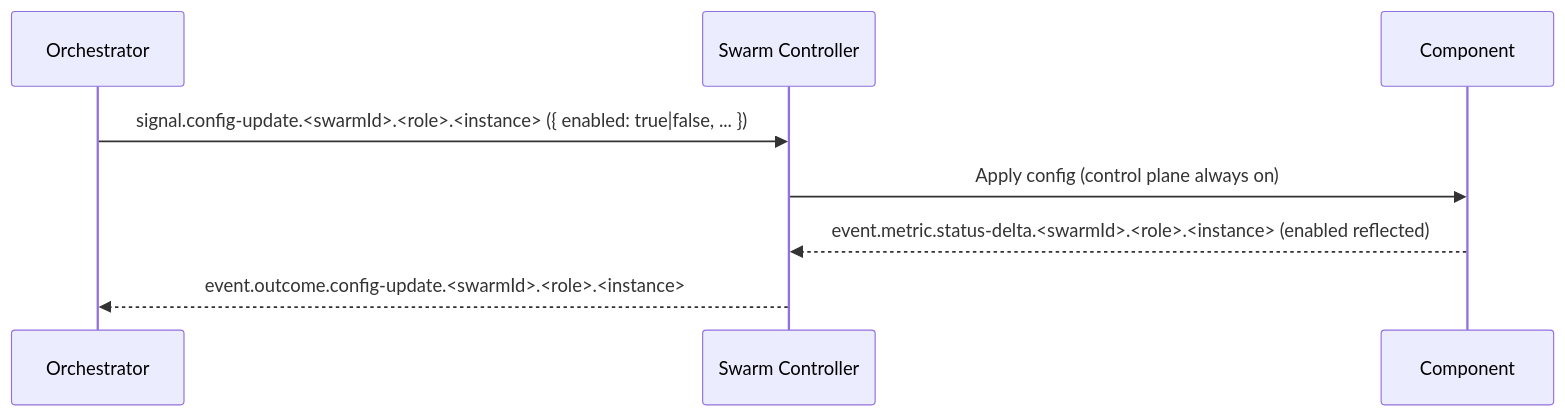
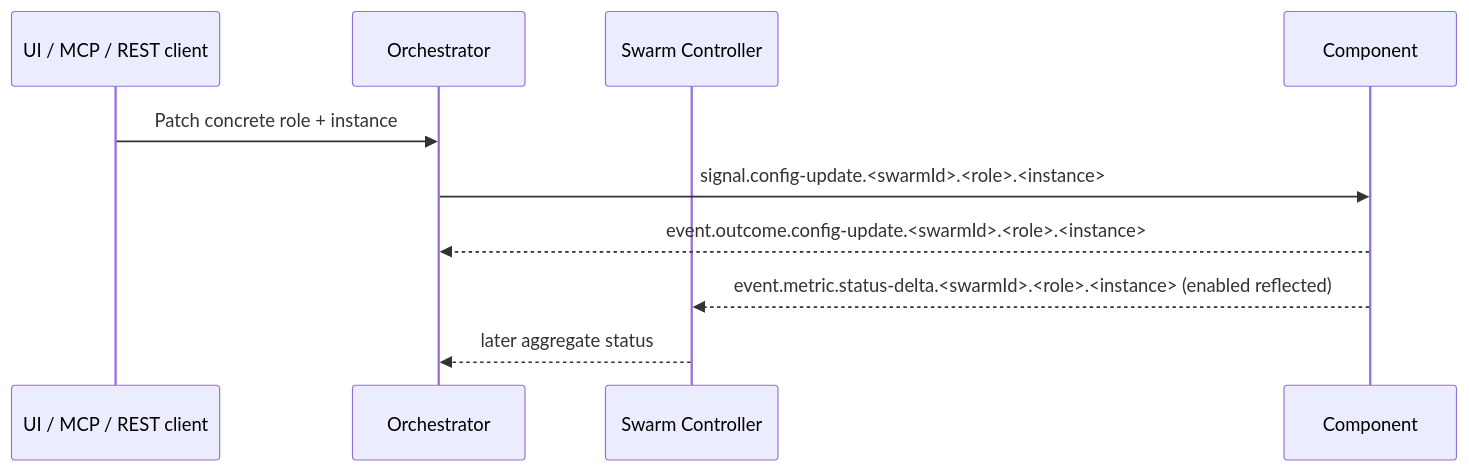
The fourth of 7 diagrams in docs/ARCHITECTURE.md (sepa79/PocketHive), drawn with Mermaid before and after one commit. The commit also changed other lines of this file and 38 other files, not shown here.

````diff
--- a/docs/ARCHITECTURE.md
+++ b/docs/ARCHITECTURE.md
@@ -600,11 +854,13 @@
 ```mermaid
 sequenceDiagram
+  participant CL as UI / MCP / REST client
   participant QN as Orchestrator
   participant MSH as Swarm Controller
   participant CMP as Component
 
-  QN->>MSH: signal.config-update.<swarmId>.<role>.<instance> ({ enabled: true|false, ... })
-  MSH->>CMP: Apply config (control plane always on)
+  CL->>QN: Patch concrete role + instance
+  QN->>CMP: signal.config-update.<swarmId>.<role>.<instance>
+  CMP-->>QN: event.outcome.config-update.<swarmId>.<role>.<instance>
   CMP-->>MSH: event.metric.status-delta.<swarmId>.<role>.<instance> (enabled reflected)
-  MSH-->>QN: event.outcome.config-update.<swarmId>.<role>.<instance>
+  MSH-->>QN: later aggregate status
 ```
````
